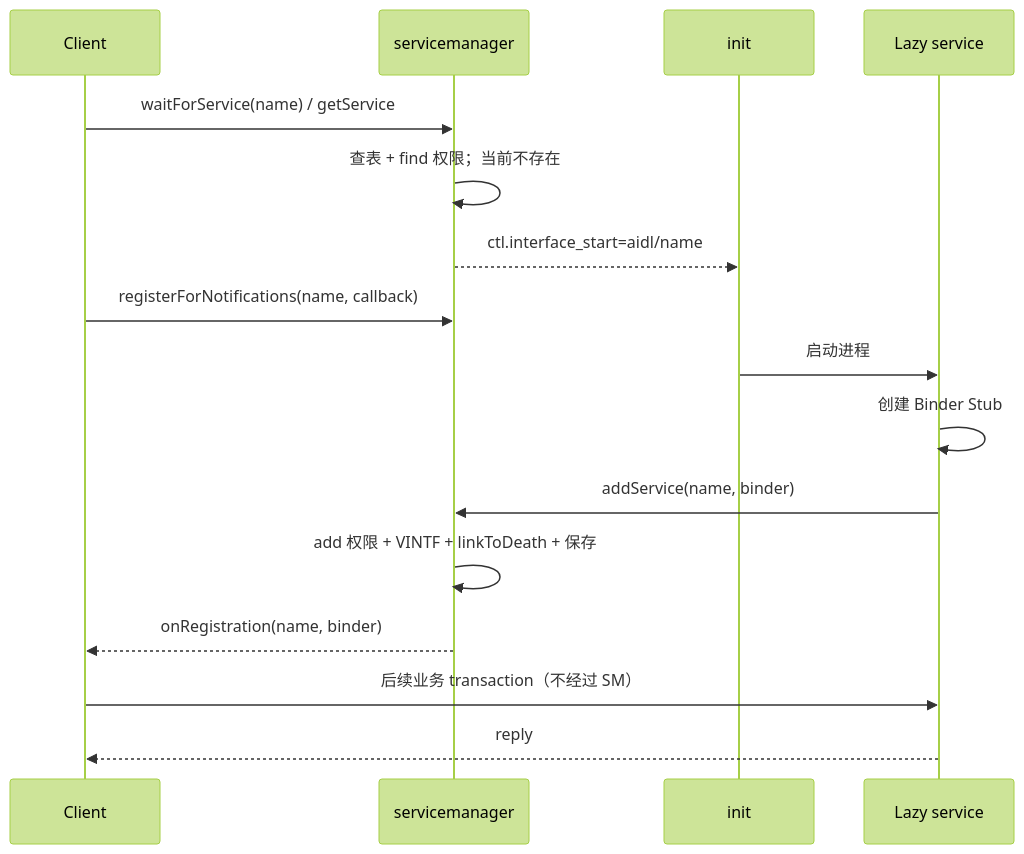
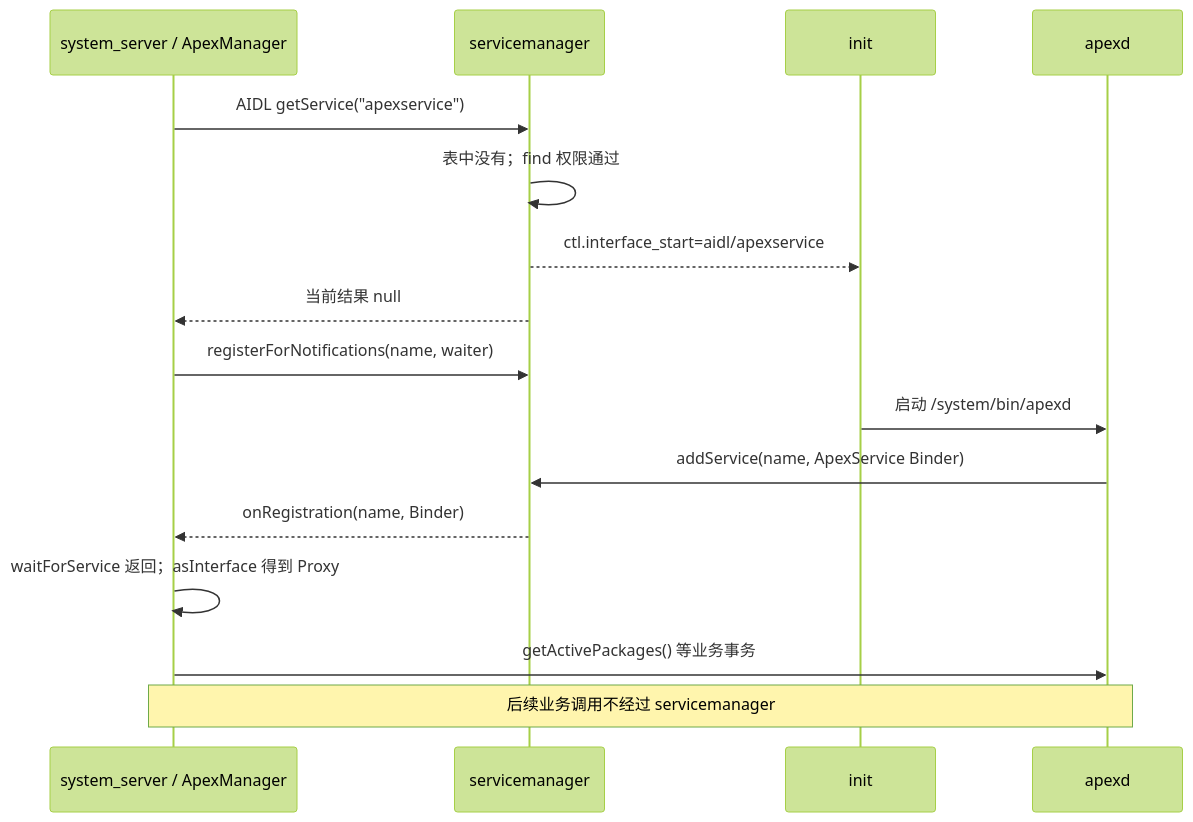
Before and after one commit to junyingzhao001/StudyNotes: the diagram in Android源码学习/93-AndroidServiceManager服务注册查询通知SELinux与lazyservice.md, drawn with Mermaid (forest theme). The commit also changed other lines of this file and 93 other files, not shown here.

````diff
--- a/Android源码学习/93-AndroidServiceManager服务注册查询通知SELinux与lazyservice.md
+++ b/Android源码学习/93-AndroidServiceManager服务注册查询通知SELinux与lazyservice.md
@@ -893,18 +407,19 @@
 ```mermaid
 sequenceDiagram
-    participant C as Client
+    participant SS as system_server / ApexManager
     participant SM as servicemanager
-    participant I as init
-    participant S as Lazy service
-    C->>SM: waitForService(name) / getService
-    SM->>SM: 查表 + find 权限；当前不存在
-    SM-->>I: ctl.interface_start=aidl/name
-    C->>SM: registerForNotifications(name, callback)
-    I->>S: 启动进程
-    S->>S: 创建 Binder Stub
-    S->>SM: addService(name, binder)
-    SM->>SM: add 权限 + VINTF + linkToDeath + 保存
-    SM-->>C: onRegistration(name, binder)
-    C->>S: 后续业务 transaction（不经过 SM）
-    S-->>C: reply
+    participant Init as init
+    participant A as apexd
+
+    SS->>SM: AIDL getService("apexservice")
+    SM->>SM: 表中没有；find 权限通过
+    SM-->>Init: ctl.interface_start=aidl/apexservice
+    SM-->>SS: 当前结果 null
+    SS->>SM: registerForNotifications(name, waiter)
+    Init->>A: 启动 /system/bin/apexd
+    A->>SM: addService(name, ApexService Binder)
+    SM-->>SS: onRegistration(name, Binder)
+    SS->>SS: waitForService 返回；asInterface 得到 Proxy
+    SS->>A: getActivePackages() 等业务事务
+    Note over SS,A: 后续业务调用不经过 servicemanager
 ```
````
